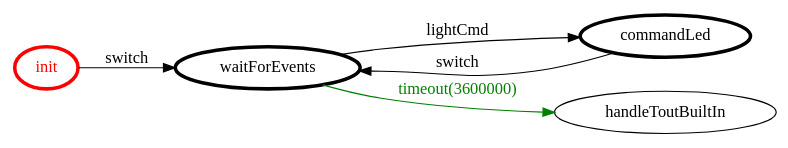
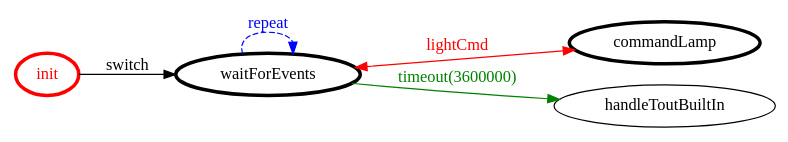
The diagram in it.unibo.finalTask2018/srcMore/it/unibo/huelampagentra/huelampagentra.gv (FFrabetti/ProgettoISS_relazione), drawn with Graphviz before and after one commit. The commit also changed 70 other files, not shown here.

```diff
--- a/it.unibo.finalTask2018/srcMore/it/unibo/huelampagentra/huelampagentra.gv
+++ b/it.unibo.finalTask2018/srcMore/it/unibo/huelampagentra/huelampagentra.gv
@@ -1,20 +1,20 @@
 /*
 *
 * A GraphViz DOT FSM description 
 * Please use a GraphViz visualizer (like http://www.webgraphviz.com)
 *  
 */
 
 digraph finite_state_machine {
 	rankdir=LR
 	size="8,5"
 	
 	init [ color = red ][ fontcolor = red ][ penwidth = 3 ]
+	commandLamp [ color = black ][ fontcolor = black ][ penwidth = 3 ]
 	waitForEvents [ color = black ][ fontcolor = black ][ penwidth = 3 ]
-	commandLed [ color = black ][ fontcolor = black ][ penwidth = 3 ]
 	
 	init -> waitForEvents [ label = "switch" ][ color = black ][ fontcolor = black ]
 	waitForEvents -> handleToutBuiltIn [ label = "timeout(3600000)" ][ color = green ][ fontcolor = green ]
-	waitForEvents -> commandLed [ label = "lightCmd" ][ color = black ][ fontcolor = black ]
-	commandLed -> waitForEvents [ label = "switch" ][ color = black ][ fontcolor = black ]
+	waitForEvents -> commandLamp [ label = "lightCmd" ][ color = red ][ fontcolor = red ][ dir = both ]
+	waitForEvents -> waitForEvents [ label = "repeat "][ style = dashed ][ color = blue ][ fontcolor = blue ]
 }
```
